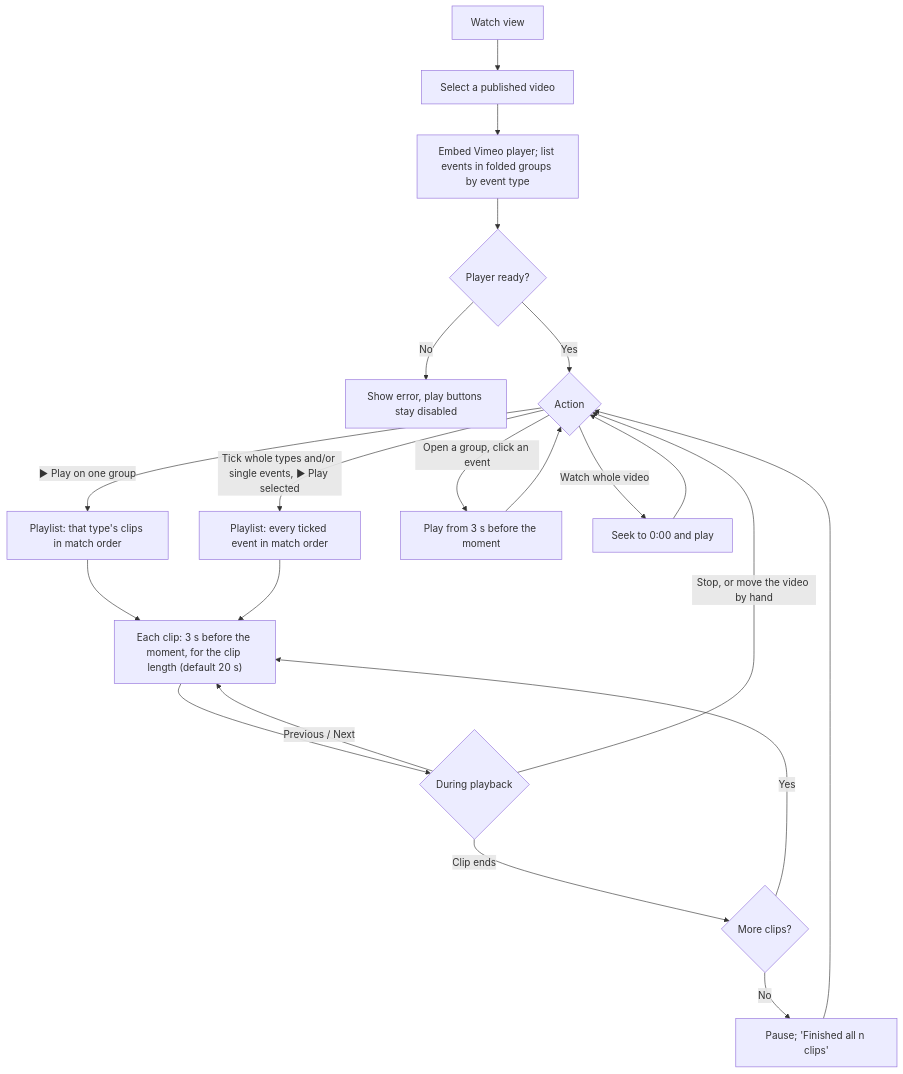
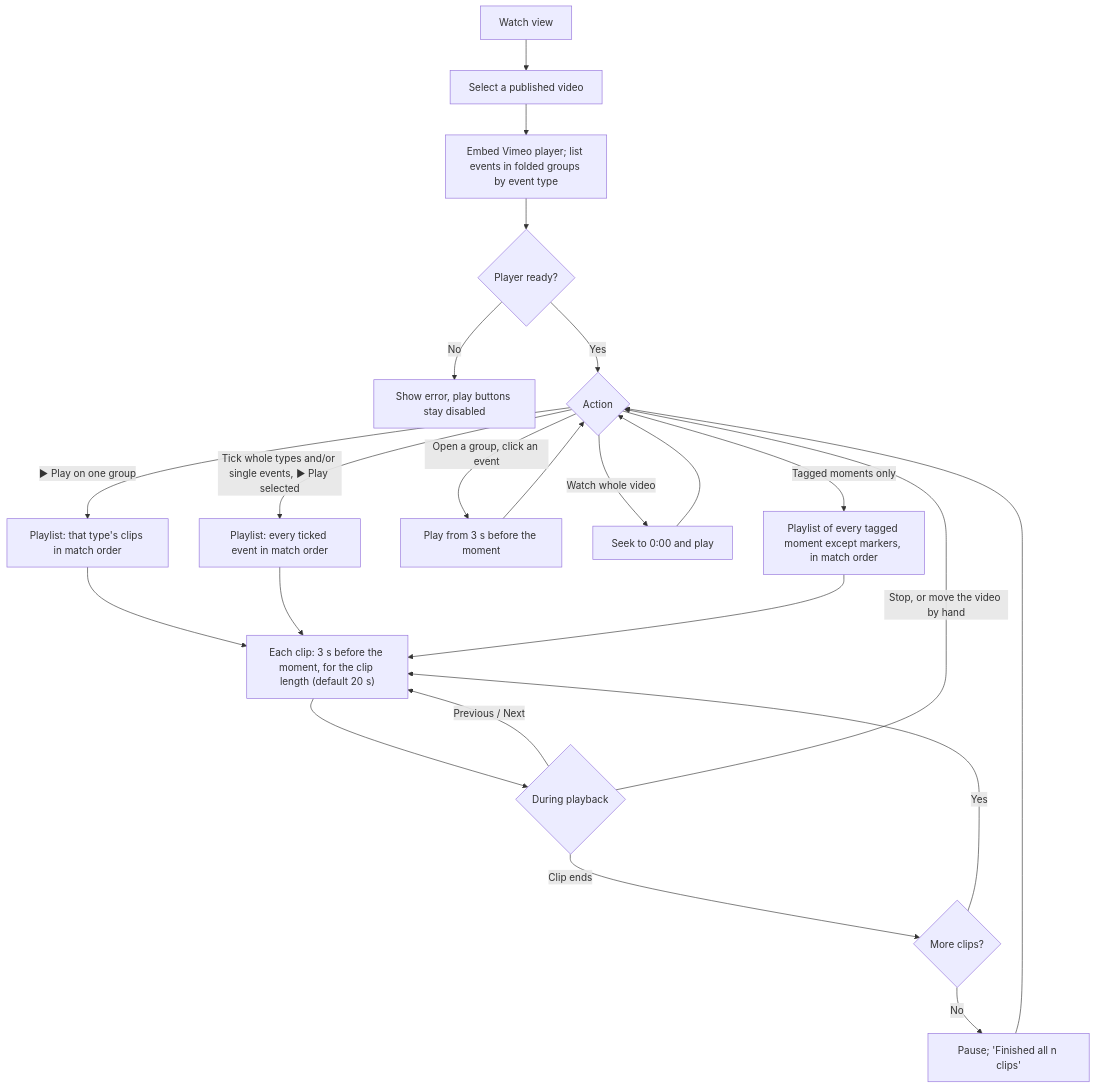
The tenth of 14 diagrams in docs/USE_CASE_FLOWS.md (LeandroBerretta/touchline-video-tagging), drawn with Mermaid before and after one commit. The commit also changed other lines of this file and 3 other files, not shown here.

First line of the commit message:
Add "Tagged moments only" playback and update the roadmap

````diff
--- a/docs/USE_CASE_FLOWS.md
+++ b/docs/USE_CASE_FLOWS.md
@@ -227,19 +227,20 @@
 ```mermaid
 flowchart TD
   A[Watch view] --> B[Select a published video]
   B --> C[Embed Vimeo player; list events in folded groups by event type]
   C --> D{Player ready?}
   D -- No --> D1[Show error, play buttons stay disabled]
   D -- Yes --> E{Action}
   E -- "▶ Play on one group" --> P[Playlist: that type's clips in match order]
   E -- "Tick whole types and/or single events, ▶ Play selected" --> P2[Playlist: every ticked event in match order]
   P & P2 --> Q["Each clip: 3 s before the moment, for the clip length (default 20 s)"]
   Q --> R{During playback}
   R -- Clip ends --> S{More clips?}
   S -- Yes --> Q
   S -- No --> T[Pause; 'Finished all n clips'] --> E
   R -- "Previous / Next" --> Q
   R -- "Stop, or move the video by hand" --> E
   E -- Open a group, click an event --> H[Play from 3 s before the moment] --> E
   E -- Watch whole video --> G[Seek to 0:00 and play] --> E
+  E -- Tagged moments only --> TM[Playlist of every tagged moment except markers, in match order] --> Q
 ```
````
